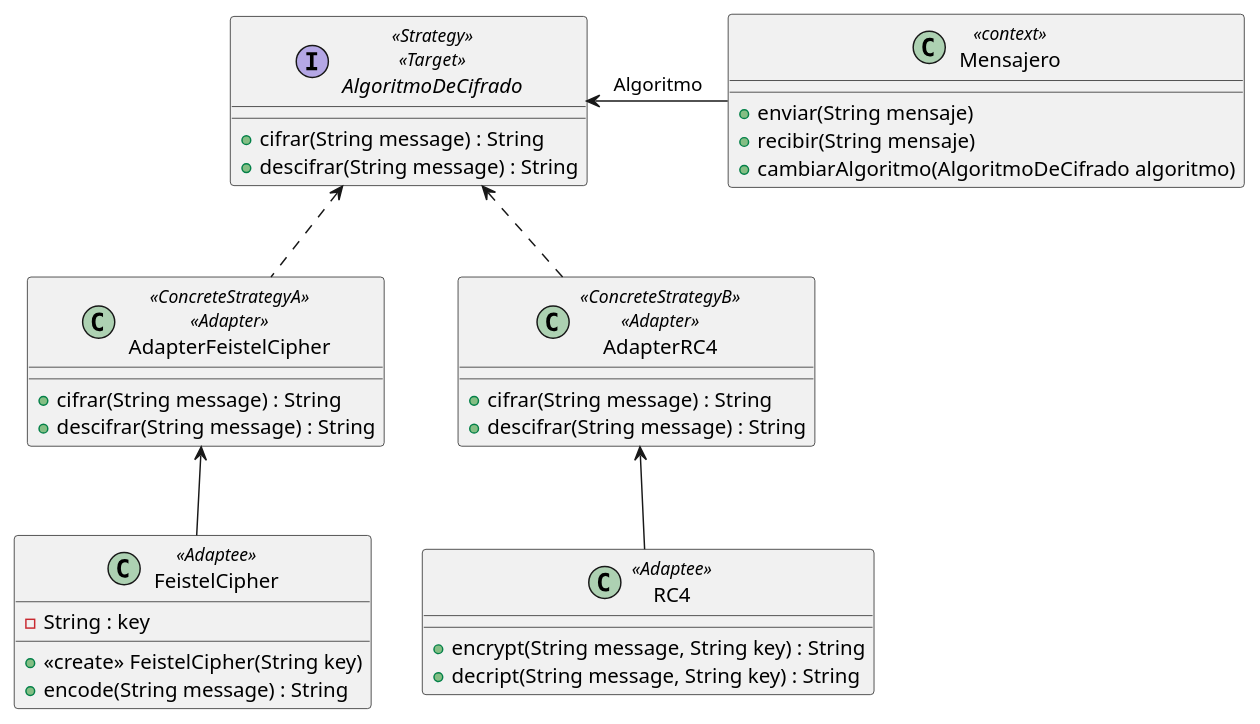
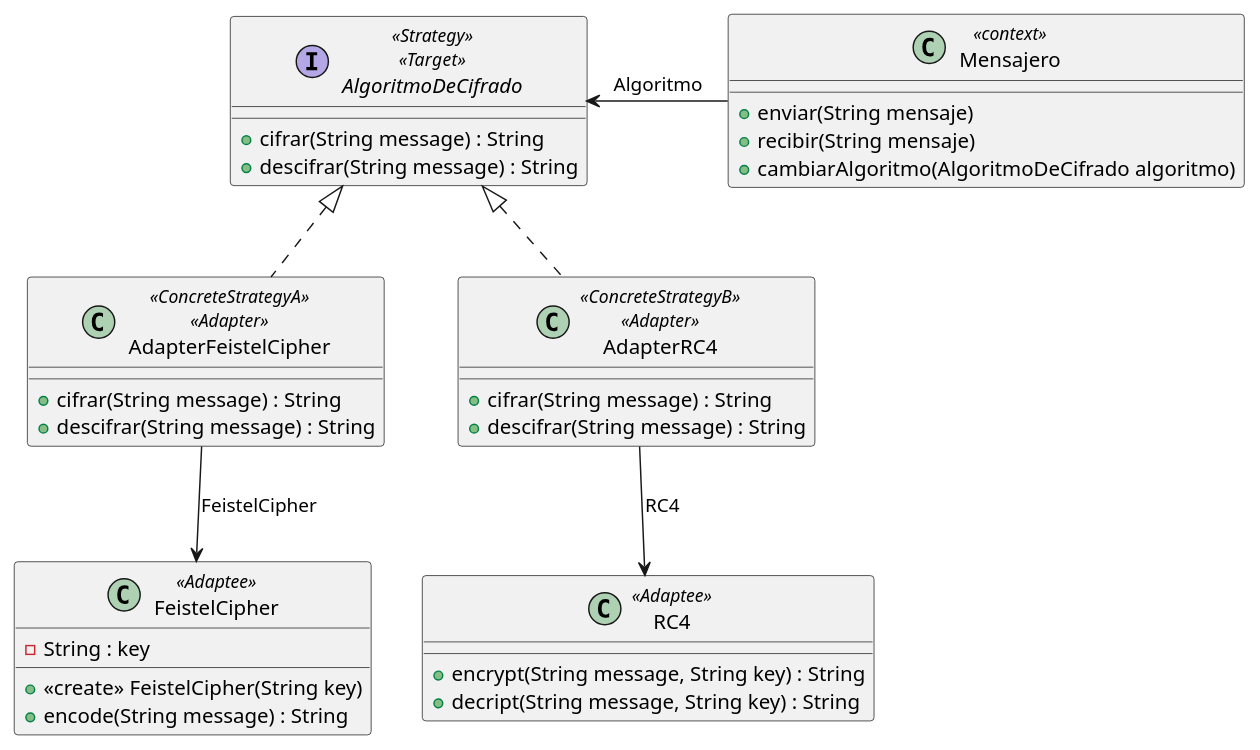
The diagram in Objetos 2/UMLs/Ejercicio10Patrones.puml (BautistaMarquez/Tercero-PrimerCuatrimestre), drawn with PlantUML before and after one commit. The commit also changed 3 other files, not shown here.

```diff
--- a/Objetos 2/UMLs/Ejercicio10Patrones.puml
+++ b/Objetos 2/UMLs/Ejercicio10Patrones.puml
@@ -1,41 +1,41 @@
 @startuml Ejercicio10 
 
 AlgoritmoDeCifrado <- Mensajero : Algoritmo
-AlgoritmoDeCifrado <.. AdapterFeistelCipher
-AlgoritmoDeCifrado <.. AdapterRC4
-AdapterRC4 <-- RC4
-AdapterFeistelCipher <-- FeistelCipher
+AlgoritmoDeCifrado <|.. AdapterFeistelCipher
+AlgoritmoDeCifrado <|.. AdapterRC4
+AdapterRC4 --> RC4 : RC4
+AdapterFeistelCipher --> FeistelCipher : FeistelCipher
 'Estaba bien el diseño que hice, es una strategy con dos adapter. La ayudante me comento que faltaria el PROXY pero si no me confundo es el patron que vimos la ultima clase y entiendo no entraria pero podria intentar aplicarlo supongo que me vendria bien. Si es mucho quilombo, desisto y fue.'
 class Mensajero <<context>>{
     +enviar(String mensaje)
     +recibir(String mensaje)
     +cambiarAlgoritmo(AlgoritmoDeCifrado algoritmo)
 }
-'El algoritmo de cifrado generaria la key?'
+'El algoritmo de cifrado generaria la key? Esto despues lo analizo cuando codee'
 Interface AlgoritmoDeCifrado <<Strategy>> <<Target>>{
     +cifrar(String message) : String 
     +descifrar(String message) : String 
 }
 
 class AdapterFeistelCipher <<ConcreteStrategyA>> <<Adapter>>{
     +cifrar(String message) : String 
     +descifrar(String message) : String 
 }
 
 class AdapterRC4 <<ConcreteStrategyB>> <<Adapter>>{
     +cifrar(String message) : String 
     +descifrar(String message) : String 
 }
 
 class FeistelCipher <<Adaptee>>{
     -String : key
     +<<create>> FeistelCipher(String key)
     +encode(String message) : String
 }
 
 class RC4 <<Adaptee>>{
     +encrypt(String message, String key) : String
     +decript(String message, String key) : String
 }
 
 @enduml
```
